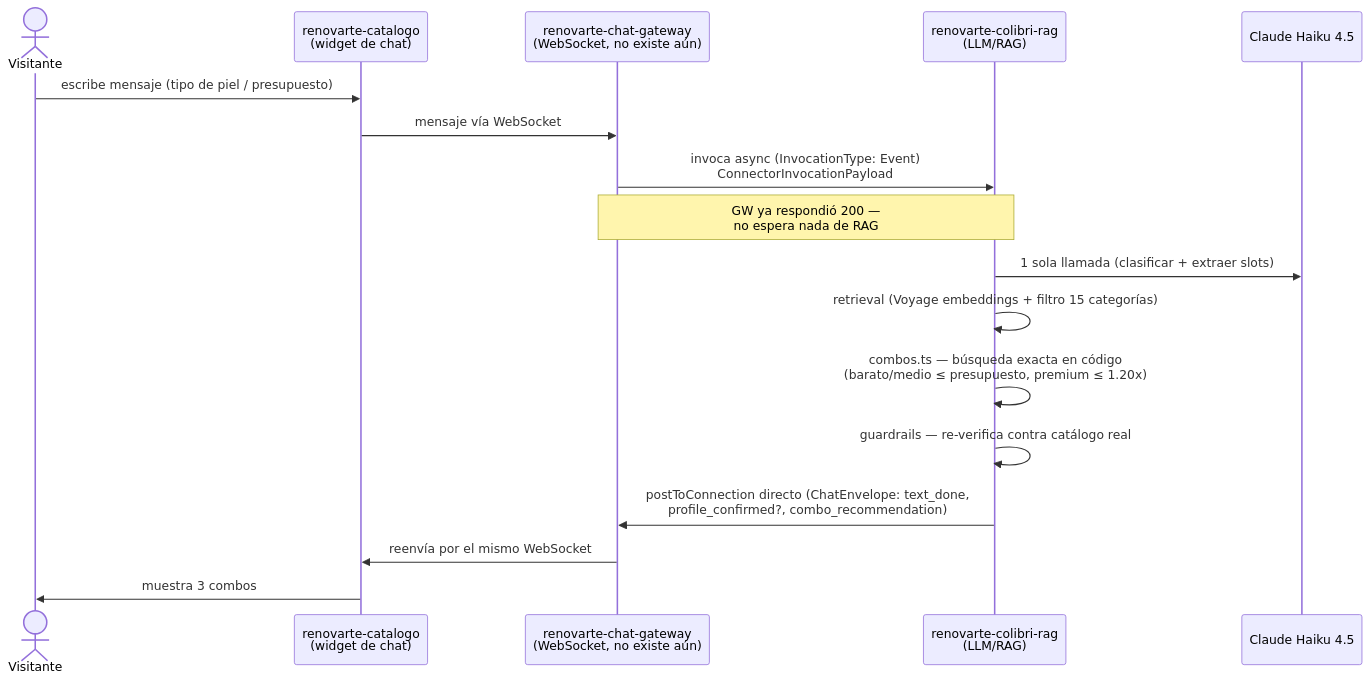
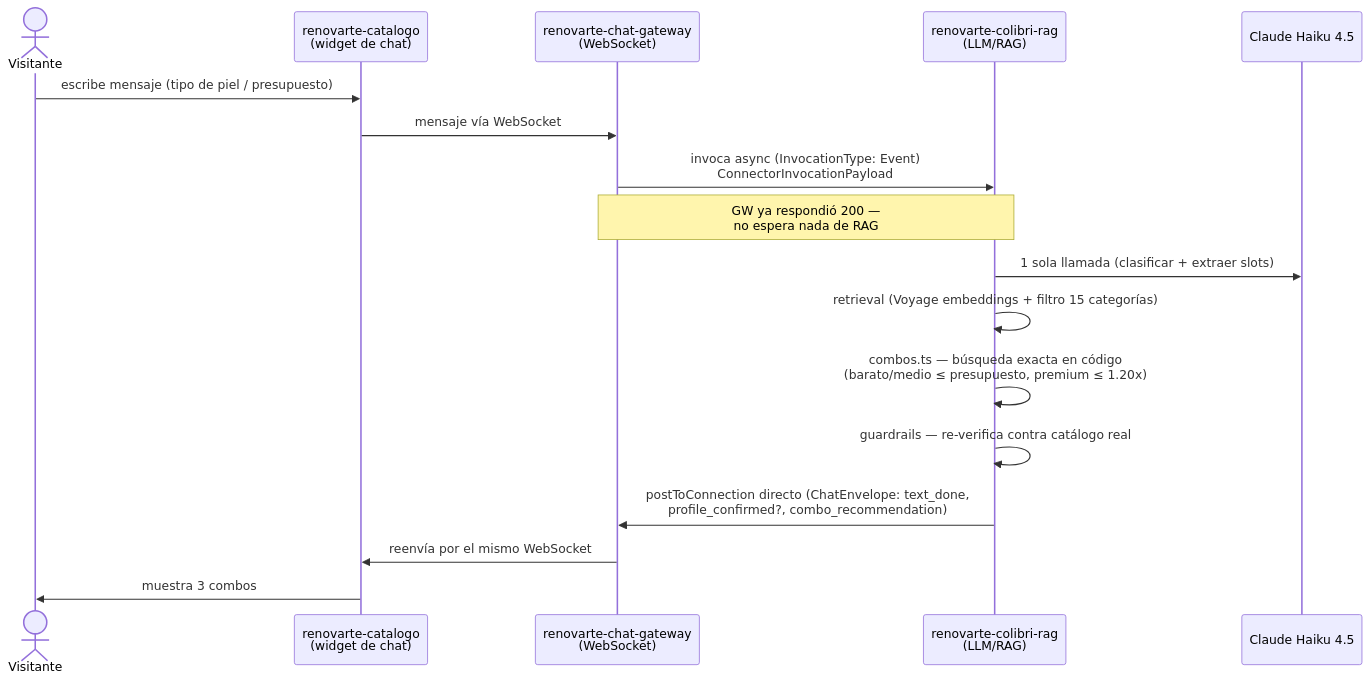
Before and after one commit to gucastillo-personal/renovarte-parent: the fourth of 6 diagrams in docs/arquitectura-general.md, drawn with Mermaid. The commit also changed other lines of this file and 2 other files, not shown here.

````diff
--- a/docs/arquitectura-general.md
+++ b/docs/arquitectura-general.md
@@ -74,20 +86,20 @@
 ```mermaid
 sequenceDiagram
     actor Visitante
     participant Widget as renovarte-catalogo<br/>(widget de chat)
-    participant GW as renovarte-chat-gateway<br/>(WebSocket, no existe aún)
+    participant GW as renovarte-chat-gateway<br/>(WebSocket)
     participant RAG as renovarte-colibri-rag<br/>(LLM/RAG)
     participant Claude as Claude Haiku 4.5
 
     Visitante->>Widget: escribe mensaje (tipo de piel / presupuesto)
     Widget->>GW: mensaje vía WebSocket
     GW->>RAG: invoca async (InvocationType: Event)<br/>ConnectorInvocationPayload
     Note over GW,RAG: GW ya respondió 200 —<br/>no espera nada de RAG
     RAG->>Claude: 1 sola llamada (clasificar + extraer slots)
     RAG->>RAG: retrieval (Voyage embeddings + filtro 15 categorías)
     RAG->>RAG: combos.ts — búsqueda exacta en código<br/>(barato/medio ≤ presupuesto, premium ≤ 1.20x)
     RAG->>RAG: guardrails — re-verifica contra catálogo real
     RAG->>GW: postToConnection directo (ChatEnvelope: text_done,<br/>profile_confirmed?, combo_recommendation)
     GW->>Widget: reenvía por el mismo WebSocket
     Widget->>Visitante: muestra 3 combos
 ```
````
